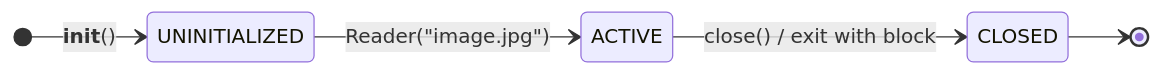
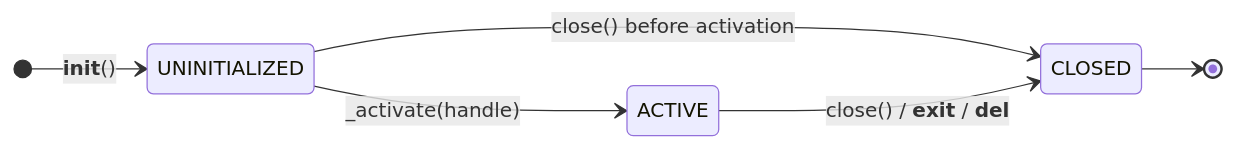
One commit to contentauth/c2pa-python changed the first of 8 diagrams in docs/native-resources-management.md. Above: the diagram before and after it, drawn with Mermaid. The commit also changed other lines of this file and 5 other files, not shown here.

Commit message:
fix: Diagrams act as summary

````diff
--- a/docs/native-resources-management.md
+++ b/docs/native-resources-management.md
@@ -61,8 +71,9 @@
 ```mermaid
 stateDiagram-v2
     direction LR
     [*] --> UNINITIALIZED : __init__()
-    UNINITIALIZED --> ACTIVE : Reader("image.jpg")
-    ACTIVE --> CLOSED : close() / exit with block
+    UNINITIALIZED --> ACTIVE : _activate(handle)
+    UNINITIALIZED --> CLOSED : close() before activation
+    ACTIVE --> CLOSED : close() / __exit__ / __del__
     CLOSED --> [*]
 ```
````
